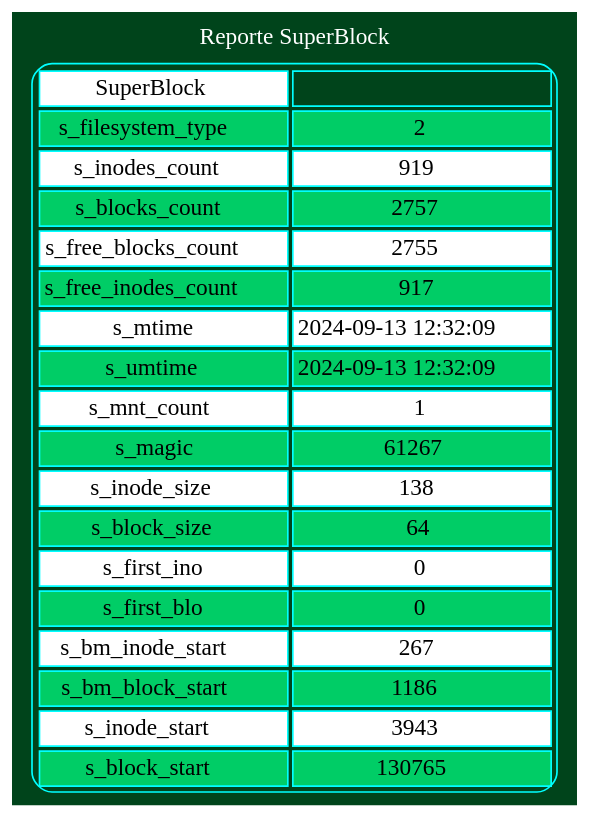
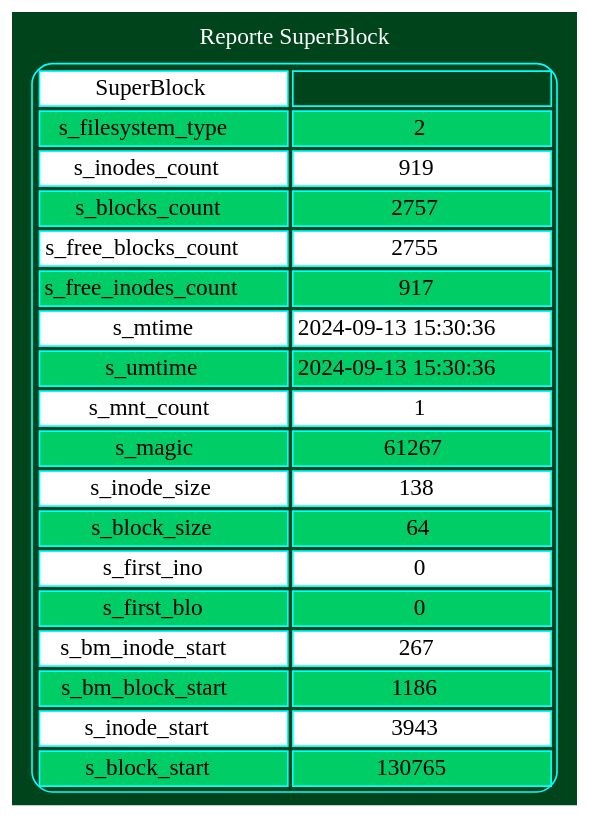
One commit to Josue013/MIA_2S_P1_202202481 changed the diagram in output/reporteSB.dot. Above: the diagram before and after it, drawn with Graphviz. The commit also changed 16 other files, not shown here.

```diff
--- a/output/reporteSB.dot
+++ b/output/reporteSB.dot
@@ -1,22 +1,22 @@
 digraph grid {bgcolor="#00441b" fontcolor="white" label=" Reporte SuperBlock "layout=dot labelloc = "t"edge [weigth=1000 style=dashed color=red4 dir = "both" arrowtail="open" arrowhead="open"]a0[shape=none, color=cyan, label=<
 <TABLE cellspacing="3" cellpadding="2" style="rounded" >
 <TR><TD bgcolor="white">SuperBlock</TD><TD></TD></TR>
 <TR><TD bgcolor="springgreen3">s_filesystem_type</TD><TD bgcolor="springgreen3">2</TD></TR>
 <TR><TD bgcolor="white">s_inodes_count</TD><TD bgcolor="white">919</TD></TR>
 <TR><TD bgcolor="springgreen3">s_blocks_count</TD><TD bgcolor="springgreen3">2757</TD></TR>
 <TR><TD bgcolor="white">s_free_blocks_count</TD><TD bgcolor="white">2755</TD></TR>
 <TR><TD bgcolor="springgreen3">s_free_inodes_count</TD><TD bgcolor="springgreen3">917</TD></TR>
-<TR><TD bgcolor="white">s_mtime</TD><TD bgcolor="white">2024-09-13 12:32:09</TD></TR>
-<TR><TD bgcolor="springgreen3">s_umtime</TD><TD bgcolor="springgreen3">2024-09-13 12:32:09</TD></TR>
+<TR><TD bgcolor="white">s_mtime</TD><TD bgcolor="white">2024-09-13 15:30:36</TD></TR>
+<TR><TD bgcolor="springgreen3">s_umtime</TD><TD bgcolor="springgreen3">2024-09-13 15:30:36</TD></TR>
 <TR><TD bgcolor="white">s_mnt_count</TD><TD bgcolor="white">1</TD></TR>
 <TR><TD bgcolor="springgreen3">s_magic</TD><TD bgcolor="springgreen3">61267</TD></TR>
 <TR><TD bgcolor="white">s_inode_size</TD><TD bgcolor="white">138</TD></TR>
 <TR><TD bgcolor="springgreen3">s_block_size</TD><TD bgcolor="springgreen3">64</TD></TR>
 <TR><TD bgcolor="white">s_first_ino</TD><TD bgcolor="white">0</TD></TR>
 <TR><TD bgcolor="springgreen3">s_first_blo</TD><TD bgcolor="springgreen3">0</TD></TR>
 <TR><TD bgcolor="white">s_bm_inode_start</TD><TD bgcolor="white">267</TD></TR>
 <TR><TD bgcolor="springgreen3">s_bm_block_start</TD><TD bgcolor="springgreen3">1186</TD></TR>
 <TR><TD bgcolor="white">s_inode_start</TD><TD bgcolor="white">3943</TD></TR>
 <TR><TD bgcolor="springgreen3">s_block_start</TD><TD bgcolor="springgreen3">130765</TD></TR>
 </TABLE>>];
 }
```
